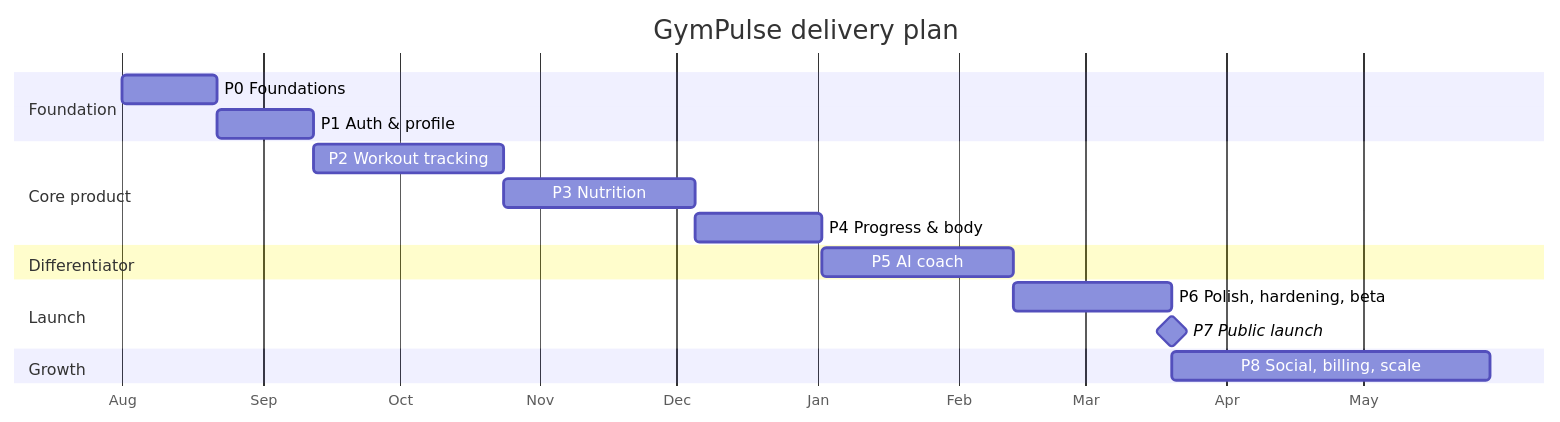
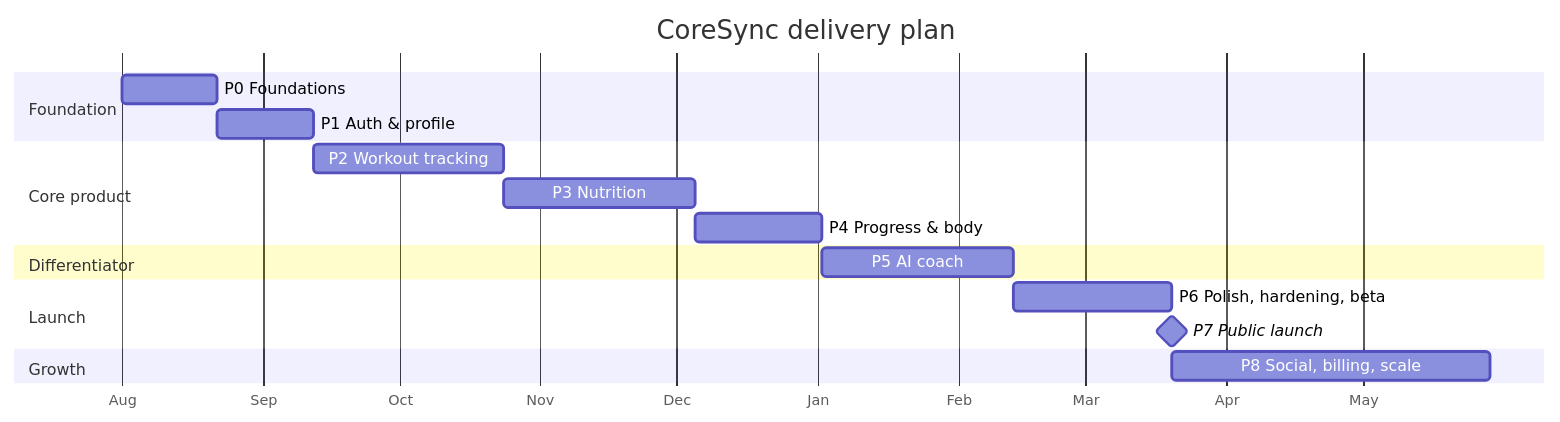
Before and after one commit to Nikoliadis/CoreSync-AI: the diagram in docs/15-roadmap.md, drawn with Mermaid. The commit also changed 107 other files, not shown here.

First line of the commit message:
feat(api): rename to CoreSync AI and implement Phase 1 auth & profile

````diff
--- a/docs/15-roadmap.md
+++ b/docs/15-roadmap.md
@@ -34,25 +34,25 @@
 ```mermaid
 gantt
     dateFormat YYYY-MM-DD
     axisFormat %b
-    title GymPulse delivery plan
+    title CoreSync delivery plan
 
     section Foundation
     P0 Foundations            :p0, 2026-08-01, 3w
     P1 Auth & profile         :p1, after p0, 3w
 
     section Core product
     P2 Workout tracking       :p2, after p1, 6w
     P3 Nutrition              :p3, after p2, 6w
     P4 Progress & body        :p4, after p3, 4w
 
     section Differentiator
     P5 AI coach               :p5, after p4, 6w
 
     section Launch
     P6 Polish, hardening, beta:p6, after p5, 5w
     P7 Public launch          :milestone, after p6, 0d
 
     section Growth
     P8 Social, billing, scale :p8, after p6, 10w
 ```
````
